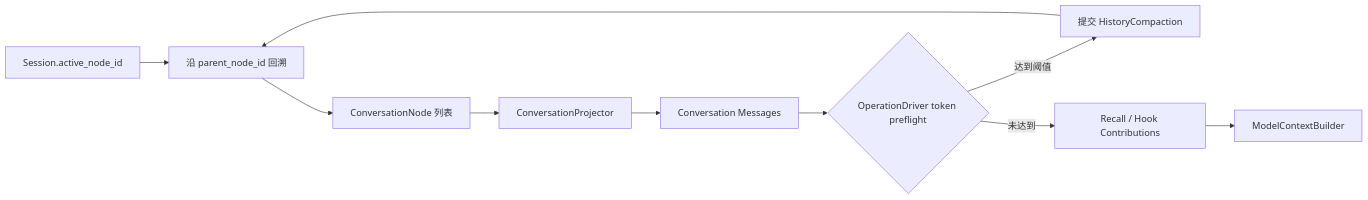
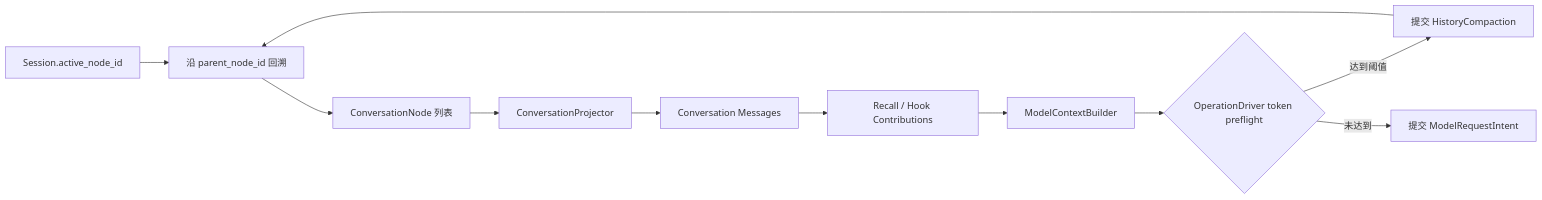
Before and after one commit to xiesunsun/MyOpenClaw: the fourth of 56 diagrams in docs/upgrade/2026-08-24-runtime-entity-decisions.md, drawn with Mermaid. The commit also changed other lines of this file and 35 other files, not shown here.

````diff
--- a/docs/upgrade/2026-08-24-runtime-entity-decisions.md
+++ b/docs/upgrade/2026-08-24-runtime-entity-decisions.md
@@ -381,12 +384,13 @@
 ```mermaid
 flowchart LR
     A[Session.active_node_id] --> B[沿 parent_node_id 回溯]
     B --> C[ConversationNode 列表]
     C --> D[ConversationProjector]
     D --> E[Conversation Messages]
-    E --> Q{OperationDriver token preflight}
+    E --> X[Recall / Hook Contributions]
+    X --> F[ModelContextBuilder]
+    F --> Q{OperationDriver token preflight}
     Q -->|达到阈值| H[提交 HistoryCompaction]
     H --> B
-    Q -->|未达到| X[Recall / Hook Contributions]
-    X --> F[ModelContextBuilder]
+    Q -->|未达到| I[提交 ModelRequestIntent]
 ```
````
